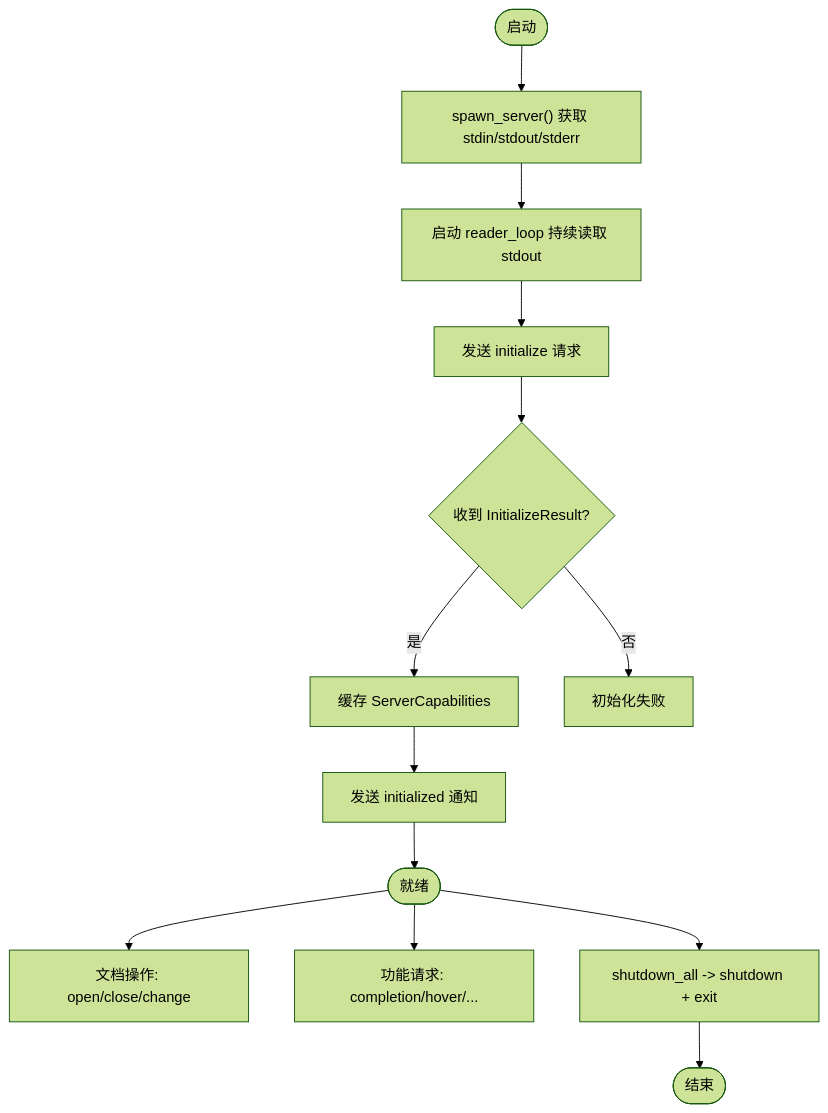
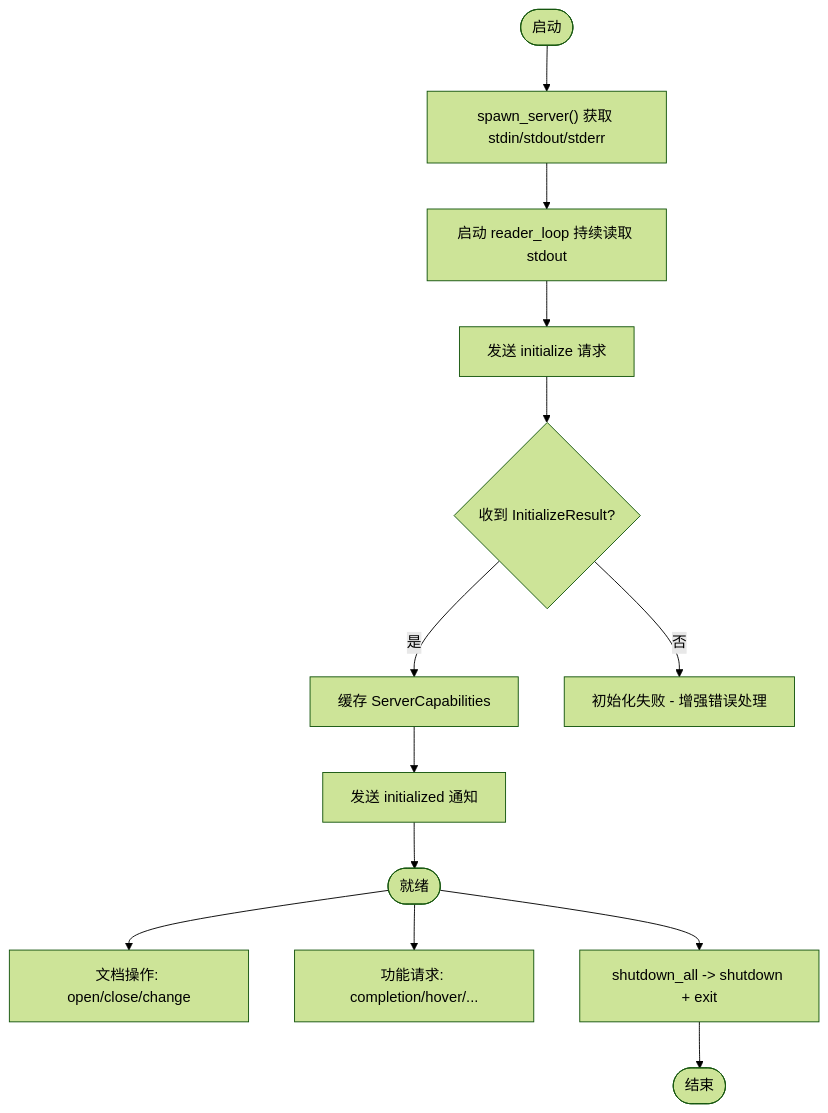
One commit to songdiyang/AetherStudio changed the fourth of 9 diagrams in .qoder/repowiki/zh/content/架构设计/语言服务集成/LSP 客户端实现.md. Above: the diagram before and after it, drawn with Mermaid (forest theme). The commit also changed other lines of this file and 25 other files, not shown here.

````diff
--- a/.qoder/repowiki/zh/content/架构设计/语言服务集成/LSP 客户端实现.md
+++ b/.qoder/repowiki/zh/content/架构设计/语言服务集成/LSP 客户端实现.md
@@ -214,15 +216,15 @@
 ```mermaid
 flowchart TD
 Start(["启动"]) --> Spawn["spawn_server() 获取 stdin/stdout/stderr"]
 Spawn --> ReaderLoop["启动 reader_loop 持续读取 stdout"]
 ReaderLoop --> InitReq["发送 initialize 请求"]
 InitReq --> InitResp{"收到 InitializeResult?"}
 InitResp --> |是| CacheCaps["缓存 ServerCapabilities"]
-InitResp --> |否| ErrInit["初始化失败"]
+InitResp --> |否| ErrInit["初始化失败 - 增强错误处理"]
 CacheCaps --> SendInitialized["发送 initialized 通知"]
 SendInitialized --> Ready(["就绪"])
 Ready --> DocOps["文档操作: open/close/change"]
 Ready --> Requests["功能请求: completion/hover/..."]
 Ready --> Shutdown["shutdown_all -> shutdown + exit"]
 Shutdown --> End(["结束"])
 ```
````
